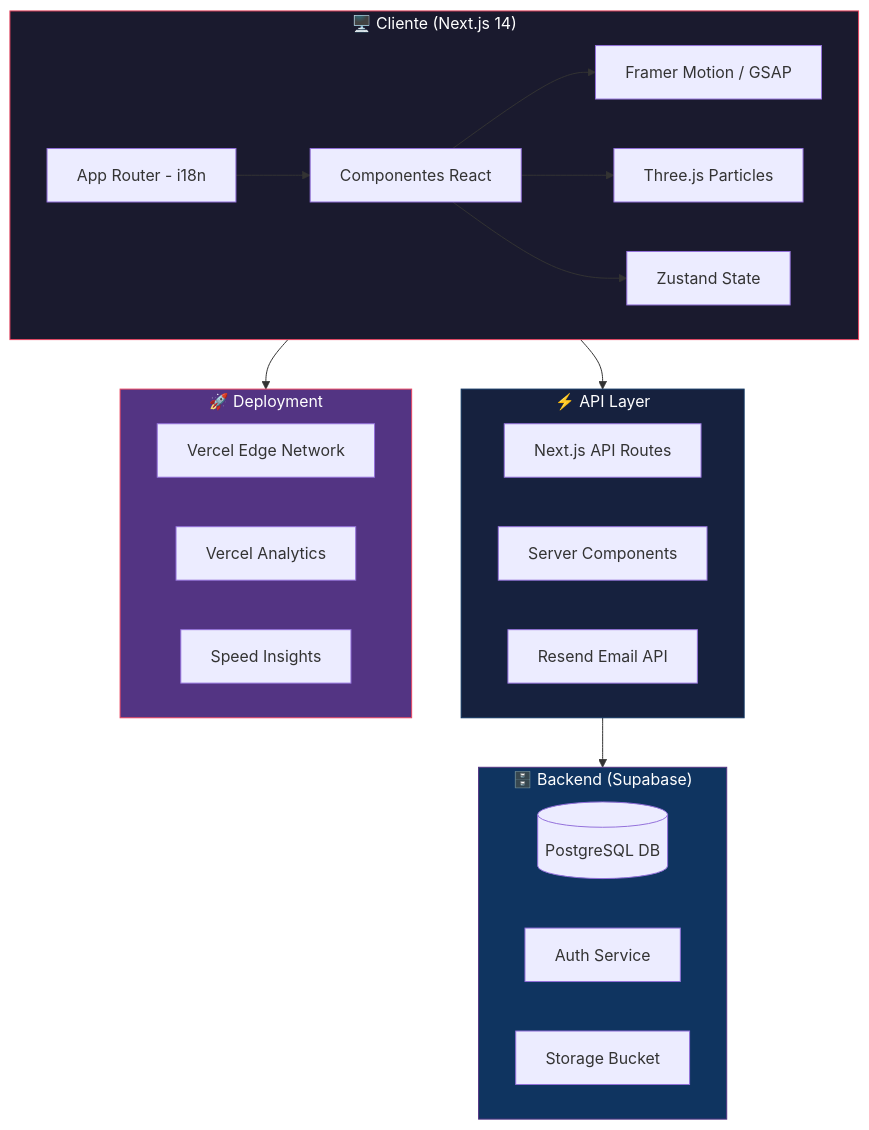
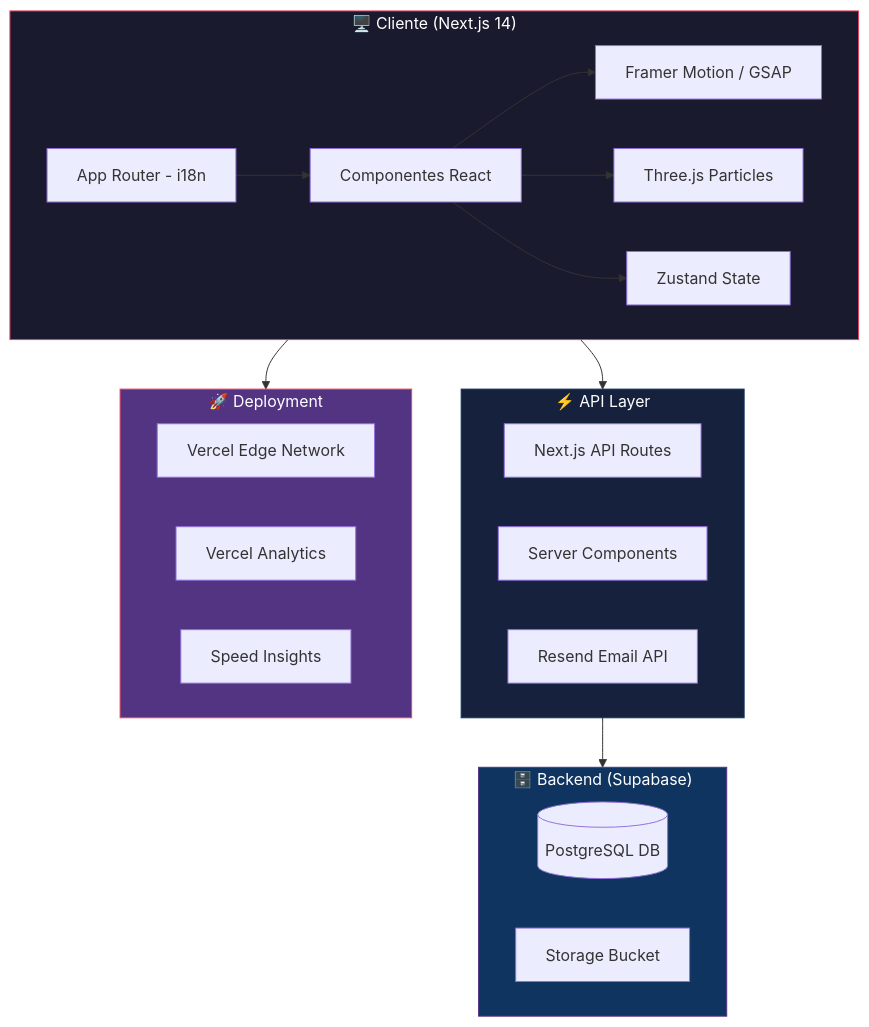
The first of 3 diagrams in README.md (aleglope/La-Parrilla-de-champi), drawn with Mermaid before and after one commit. The commit also changed other lines of this file and 4 other files, not shown here.

````diff
--- a/README.md
+++ b/README.md
@@ -92,36 +94,35 @@
 ```mermaid
 graph TB
     subgraph Cliente["🖥️ Cliente (Next.js 14)"]
         A[App Router - i18n] --> B[Componentes React]
         B --> C[Framer Motion / GSAP]
         B --> D[Three.js Particles]
         B --> E[Zustand State]
     end
 
     subgraph API["⚡ API Layer"]
         F[Next.js API Routes]
         G[Server Components]
         H[Resend Email API]
     end
 
     subgraph Backend["🗄️ Backend (Supabase)"]
         I[(PostgreSQL DB)]
-        J[Auth Service]
         K[Storage Bucket]
     end
 
     subgraph Deploy["🚀 Deployment"]
         L[Vercel Edge Network]
         M[Vercel Analytics]
         N[Speed Insights]
     end
 
     Cliente --> API
     API --> Backend
     Cliente --> Deploy
     
     style Cliente fill:#1a1a2e,stroke:#e94560,color:#fff
     style API fill:#16213e,stroke:#0f3460,color:#fff
     style Backend fill:#0f3460,stroke:#533483,color:#fff
     style Deploy fill:#533483,stroke:#e94560,color:#fff
 ```
````
